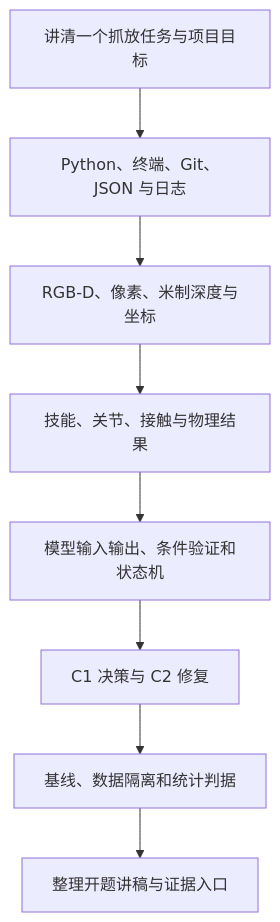
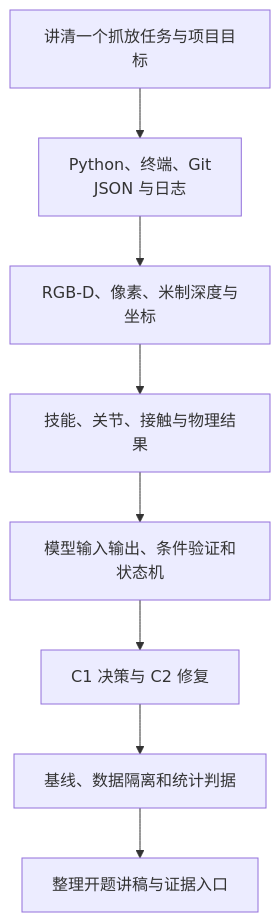
One commit to ningyd98/BIG-small changed the eighth of 9 diagrams in output/doc/20261002-opening-proposal/开题报告_零基础项目准备与图解说明.md. Above: the diagram before and after it, drawn with Mermaid. The commit also changed other lines of this file and 33 other files, not shown here.

````diff
--- a/output/doc/20261002-opening-proposal/开题报告_零基础项目准备与图解说明.md
+++ b/output/doc/20261002-opening-proposal/开题报告_零基础项目准备与图解说明.md
@@ -533,10 +533,10 @@
 ```mermaid
 flowchart TD
-    A["讲清一个抓放任务与项目目标"] --> B["Python、终端、Git、JSON 与日志"]
+    A["讲清一个抓放任务与项目目标"] --> B["Python、终端、Git<br/>JSON 与日志"]
     B --> C["RGB-D、像素、米制深度与坐标"]
     C --> D["技能、关节、接触与物理结果"]
     D --> E["模型输入输出、条件验证和状态机"]
     E --> F["C1 决策与 C2 修复"]
     F --> G["基线、数据隔离和统计判据"]
     G --> H["整理开题讲稿与证据入口"]
 ```
````
